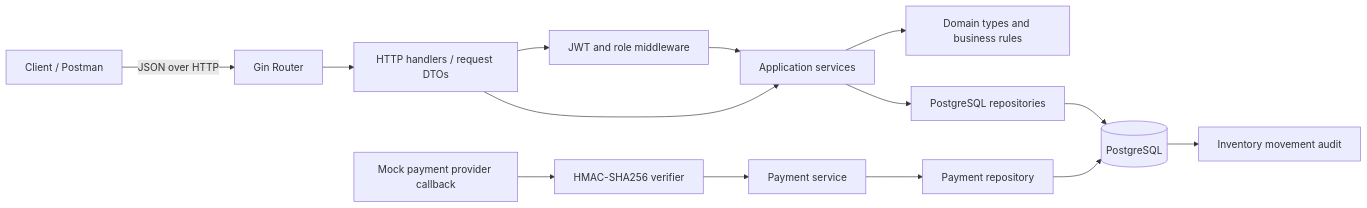
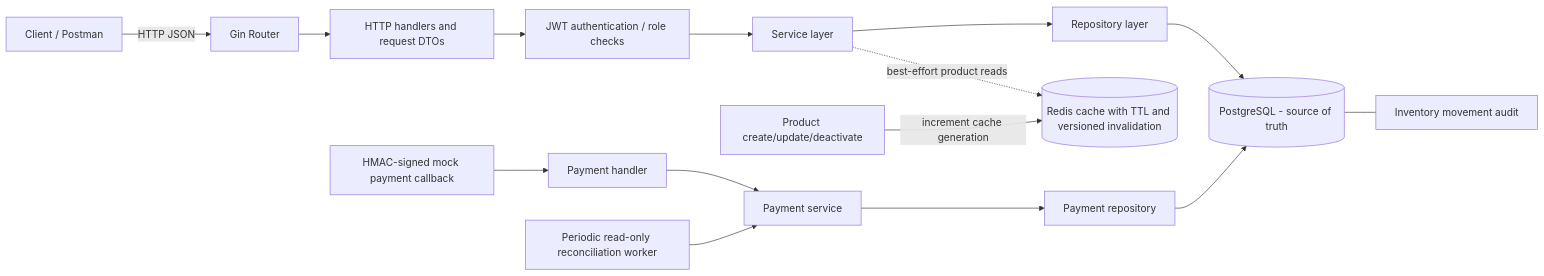
Before and after one commit to manmohansharma21/orderflow: the diagram in docs/diagrams/HLD.mmd, drawn with Mermaid. The commit also changed 30 other files, not shown here.

```diff
--- a/docs/diagrams/HLD.mmd
+++ b/docs/diagrams/HLD.mmd
@@ -1,14 +1,15 @@
 flowchart LR
-    Client[Client / Postman] -->|JSON over HTTP| Gin[Gin Router]
-    Gin --> HTTP[HTTP handlers / request DTOs]
-    HTTP --> Auth[JWT and role middleware]
-    Auth --> Services[Application services]
-    HTTP --> Services
-    Services --> Domain[Domain types and business rules]
-    Services --> Repos[PostgreSQL repositories]
-    Repos --> PG[(PostgreSQL)]
-    Callback[Mock payment provider callback] --> HMAC[HMAC-SHA256 verifier]
-    HMAC --> PaySvc[Payment service]
-    PaySvc --> PayRepo[Payment repository]
-    PayRepo --> PG
-    PG --> Audit[Inventory movement audit]
+    U[Client / Postman] -->|HTTP JSON| R[Gin Router]
+    R --> H[HTTP handlers and request DTOs]
+    H --> A[JWT authentication / role checks]
+    A --> S[Service layer]
+    S --> P[Repository layer]
+    P --> DB[(PostgreSQL - source of truth)]
+    S -. best-effort product reads .-> C[(Redis cache with TTL and versioned invalidation)]
+    M[Product create/update/deactivate] -->|increment cache generation| C
+    WH[HMAC-signed mock payment callback] --> PH[Payment handler]
+    PH --> PS[Payment service]
+    PS --> PR[Payment repository]
+    PR --> DB
+    W[Periodic read-only reconciliation worker] --> PS
+    DB --- IM[Inventory movement audit]
```
